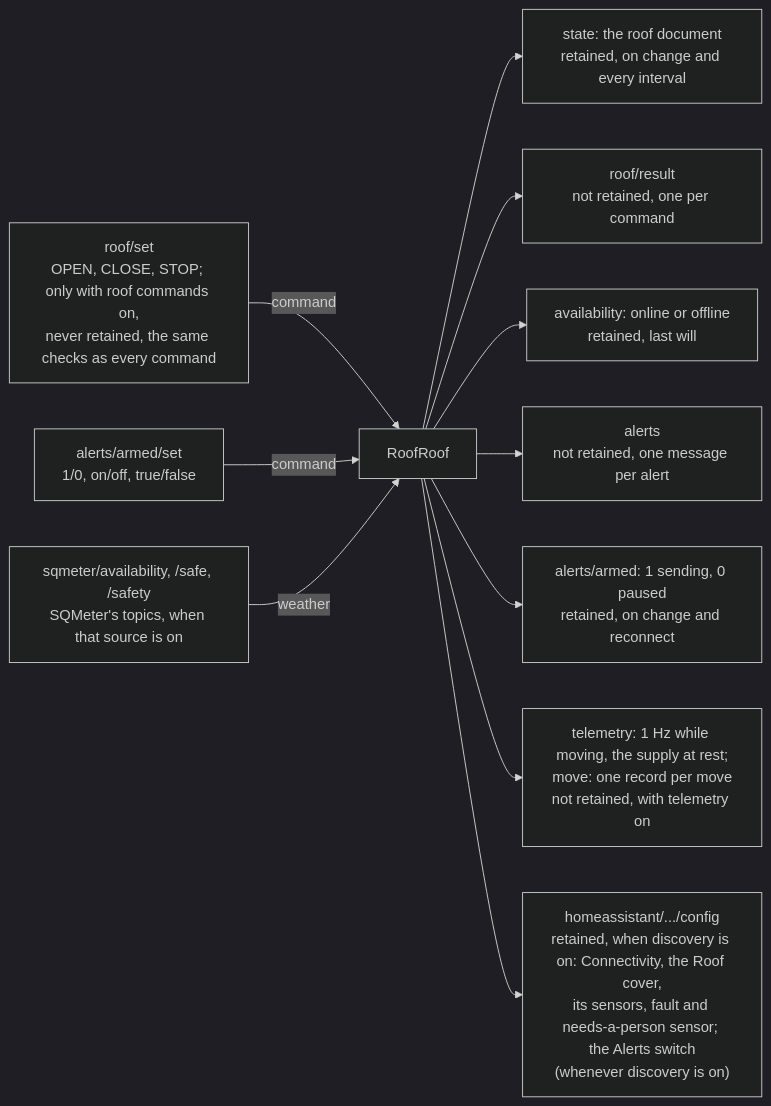
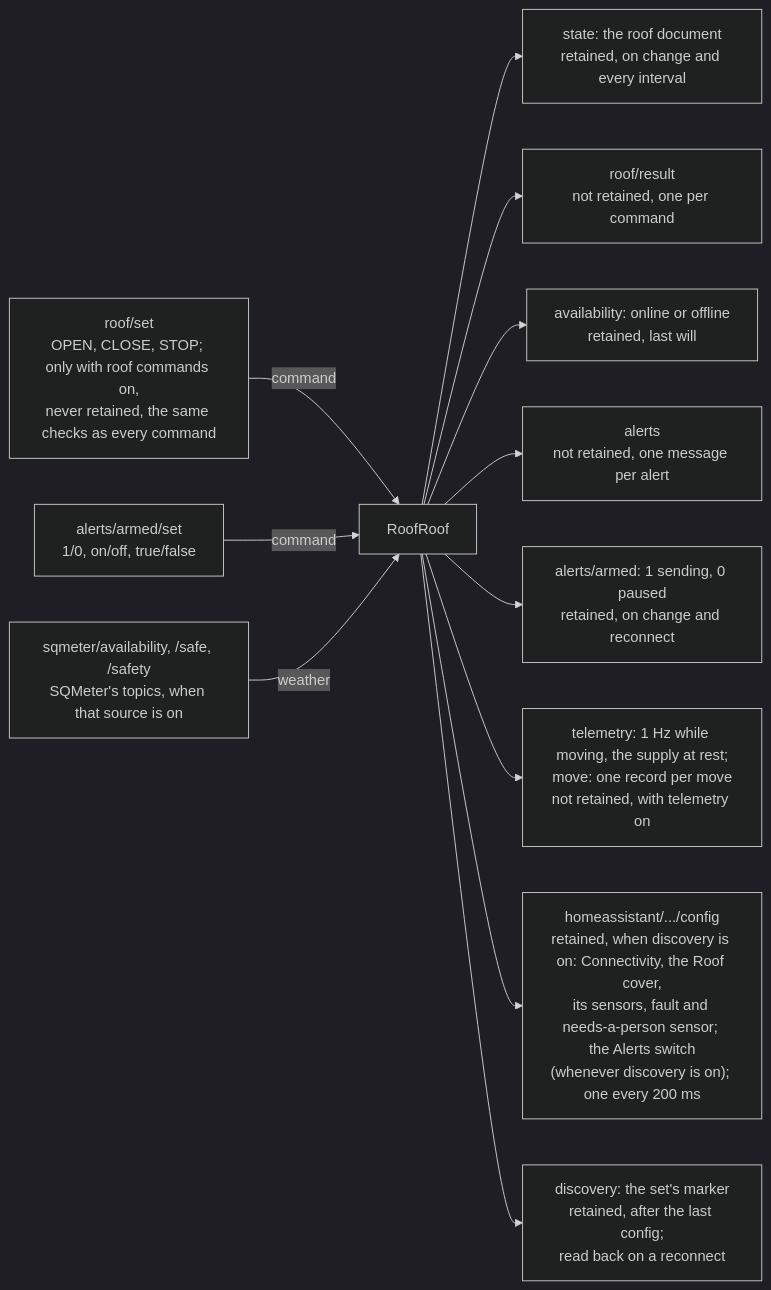
Before and after one commit to DeanJ87/RoofRoof: the diagram in docs/user-guide/mqtt.md, drawn with Mermaid (dark theme). The commit also changed other lines of this file and 18 other files, not shown here.

````diff
--- a/docs/user-guide/mqtt.md
+++ b/docs/user-guide/mqtt.md
@@ -263,15 +264,16 @@
 ```mermaid
 flowchart LR
     accTitle: MQTT topic map
-    accDescr: RoofRoof listens on roof/set (only with roof commands on, never retained, through the same checks as every command), alerts/armed/set and, when SQMeter over MQTT is a weather source, SQMeter's availability, safe and safety topics; it publishes state, roof/result, availability, alerts, alerts/armed, and with telemetry on telemetry and move, under its base topic, plus Home Assistant discovery under the discovery prefix.
+    accDescr: RoofRoof listens on roof/set (only with roof commands on, never retained, through the same checks as every command), alerts/armed/set and, when SQMeter over MQTT is a weather source, SQMeter's availability, safe and safety topics; it publishes state, roof/result, availability, alerts, alerts/armed, and with telemetry on telemetry and move, under its base topic, plus Home Assistant discovery under the discovery prefix, paced, and a discovery marker under its base topic that it reads back on a reconnect.
     ROOFSET["roof/set<br/>OPEN, CLOSE, STOP; only with roof commands on,<br/>never retained, the same checks as every command"] -->|command| D["RoofRoof"]
     SET["alerts/armed/set<br/>1/0, on/off, true/false"] -->|command| D
     SQM["sqmeter/availability, /safe, /safety<br/>SQMeter's topics, when that source is on"] -->|weather| D
     D --> STATE["state: the roof document<br/>retained, on change and every interval"]
     D --> RESULT["roof/result<br/>not retained, one per command"]
     D --> AVAIL["availability: online or offline<br/>retained, last will"]
     D --> ALERTS["alerts<br/>not retained, one message per alert"]
     D --> ARMED["alerts/armed: 1 sending, 0 paused<br/>retained, on change and reconnect"]
     D --> TELE["telemetry: 1 Hz while moving, the supply at rest;<br/>move: one record per move<br/>not retained, with telemetry on"]
-    D --> DISC["homeassistant/.../config<br/>retained, when discovery is on: Connectivity, the Roof cover,<br/>its sensors, fault and needs-a-person sensor; the Alerts switch<br/>(whenever discovery is on)"]
+    D --> DISC["homeassistant/.../config<br/>retained, when discovery is on: Connectivity, the Roof cover,<br/>its sensors, fault and needs-a-person sensor; the Alerts switch<br/>(whenever discovery is on); one every 200 ms"]
+    D --> MARK["discovery: the set's marker<br/>retained, after the last config;<br/>read back on a reconnect"]
 ```
````
